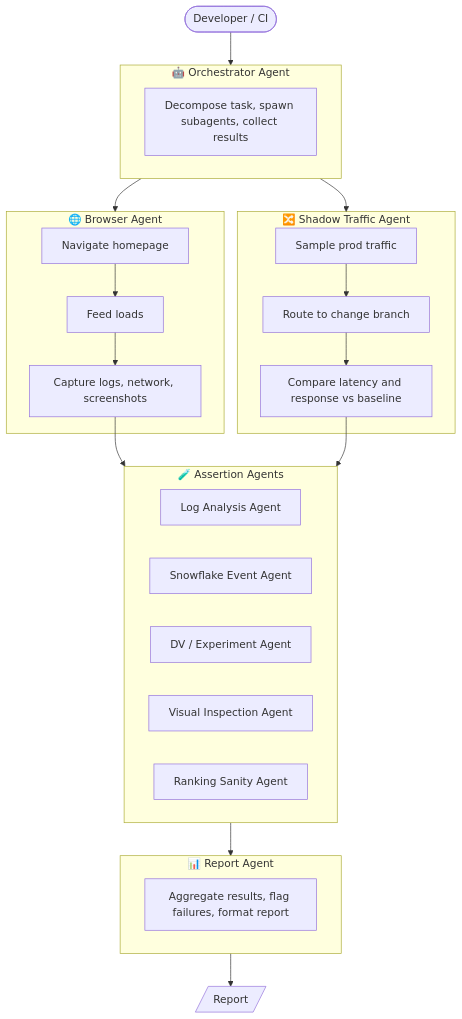
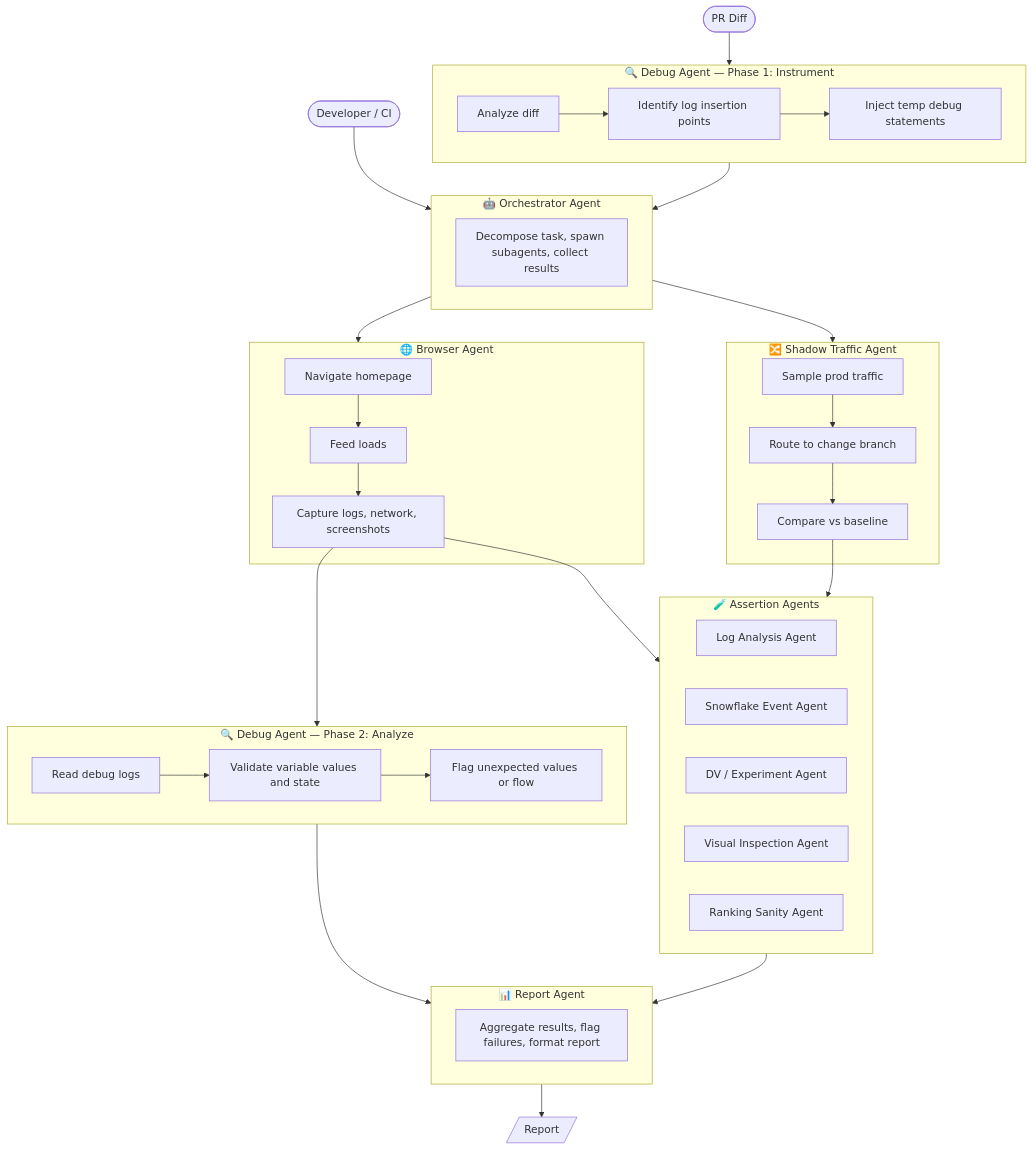
One commit to daniel-fonyo/dd-brain changed the first of 4 diagrams in sandbox-e2e-testing/1-pager.md. Above: the diagram before and after it, drawn with Mermaid. The commit also changed other lines of this file, not shown here.

Commit message:
Add Debug Agent: two-phase flow diagram, instrumentation example, pipeline + layers integration

````diff
--- a/sandbox-e2e-testing/1-pager.md
+++ b/sandbox-e2e-testing/1-pager.md
@@ -8,39 +8,51 @@
 ```mermaid
 flowchart TD
     A([Developer / CI]) --> Orch
+    PR([PR Diff]) --> DA1
+
+    subgraph DA1["🔍 Debug Agent — Phase 1: Instrument"]
+        D1[Analyze diff] --> D2[Identify log insertion points] --> D3[Inject temp debug statements]
+    end
+
+    DA1 --> Orch
 
     subgraph Orch["🤖 Orchestrator Agent"]
         O1[Decompose task, spawn subagents, collect results]
     end
 
     Orch --> BA
     Orch --> STA
 
     subgraph BA["🌐 Browser Agent"]
         B1[Navigate homepage] --> B2[Feed loads] --> B3[Capture logs, network, screenshots]
     end
 
     subgraph STA["🔀 Shadow Traffic Agent"]
-        S1[Sample prod traffic] --> S2[Route to change branch] --> S3[Compare latency and response vs baseline]
+        S1[Sample prod traffic] --> S2[Route to change branch] --> S3[Compare vs baseline]
     end
 
+    B3 --> DA2
     B3 --> AA
     S3 --> AA
 
+    subgraph DA2["🔍 Debug Agent — Phase 2: Analyze"]
+        DAN1[Read debug logs] --> DAN2[Validate variable values and state] --> DAN3[Flag unexpected values or flow]
+    end
+
     subgraph AA["🧪 Assertion Agents"]
-    
         AA1[Log Analysis Agent]
         AA2[Snowflake Event Agent]
         AA3[DV / Experiment Agent]
         AA4[Visual Inspection Agent]
         AA5[Ranking Sanity Agent]
     end
 
+    DA2 --> RA
     AA --> RA
 
     subgraph RA["📊 Report Agent"]
         R1[Aggregate results, flag failures, format report]
     end
 
     RA --> Z[/Report/]
 ```
````
